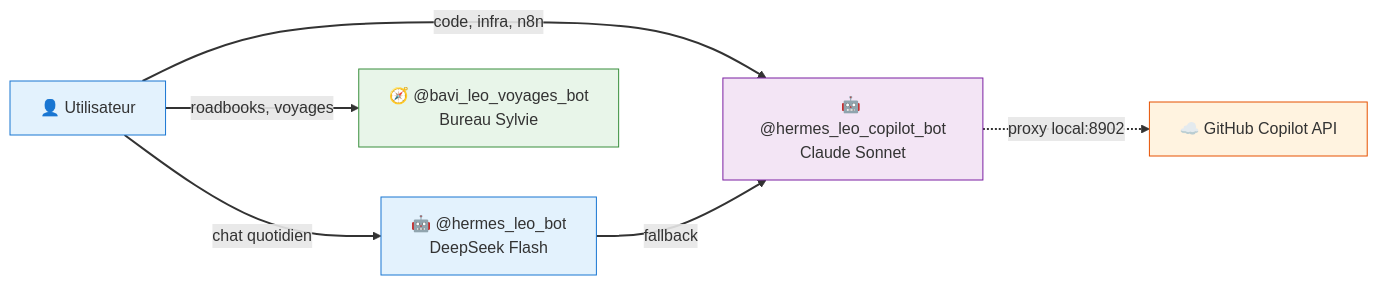
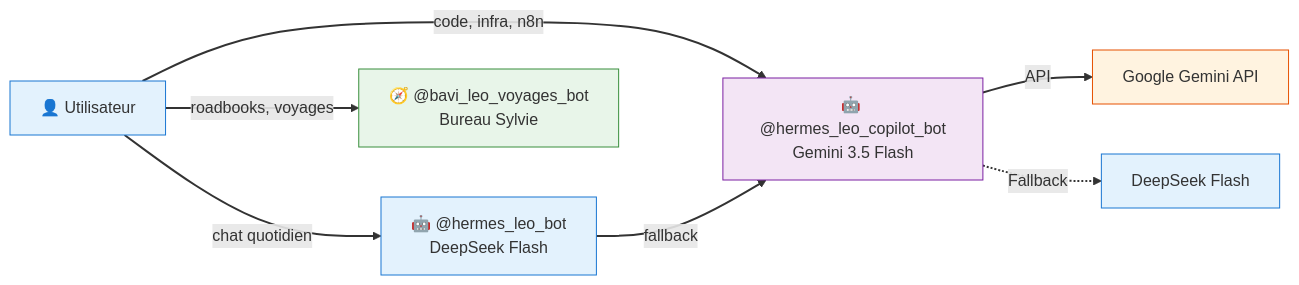
One commit to christophedanhier-hash/hermes-wiki changed the diagram in docs/hermes/utilisation/bots-telegram.md. Above: the diagram before and after it, drawn with Mermaid. The commit also changed other lines of this file and 2 other files, not shown here.

Commit message:
docs: update profiles, architecture and bots to reflect the new Gemini-based multi-profile architecture

````diff
--- a/docs/hermes/utilisation/bots-telegram.md
+++ b/docs/hermes/utilisation/bots-telegram.md
@@ -9,21 +9,23 @@
 ```mermaid
 flowchart LR
     User["👤 Utilisateur"]
     LeoFlash["🤖 @hermes_leo_bot<br/>DeepSeek Flash"]
-    Copilot["🤖 @hermes_leo_copilot_bot<br/>Claude Sonnet"]
+    Copilot["🤖 @hermes_leo_copilot_bot<br/>Gemini 3.5 Flash"]
     Voyages["🧭 @bavi_leo_voyages_bot<br/>Bureau Sylvie"]
 
     User -->|"chat quotidien"| LeoFlash
     User -->|"code, infra, n8n"| Copilot
     User -->|"roadbooks, voyages"| Voyages
 
     LeoFlash -->|"fallback"| Copilot
-    Copilot -.->|"proxy local:8902"| GitHubCopilot["☁️ GitHub Copilot API"]
+    Copilot -->|"API"| Gemini["Google Gemini API"]
+    Copilot -.->|"Fallback"| DS["DeepSeek Flash"]
 
     style User fill:#e3f2fd,stroke:#1976d2
     style LeoFlash fill:#e3f2fd,stroke:#1976d2
     style Copilot fill:#f3e5f5,stroke:#7b1fa2
     style Voyages fill:#e8f5e9,stroke:#388e3c
-    style GitHubCopilot fill:#fff3e0,stroke:#e65100
+    style Gemini fill:#fff3e0,stroke:#e65100
+    style DS fill:#e3f2fd,stroke:#1976d2
     linkStyle default stroke-width:2px,fill:none
 ```
````
